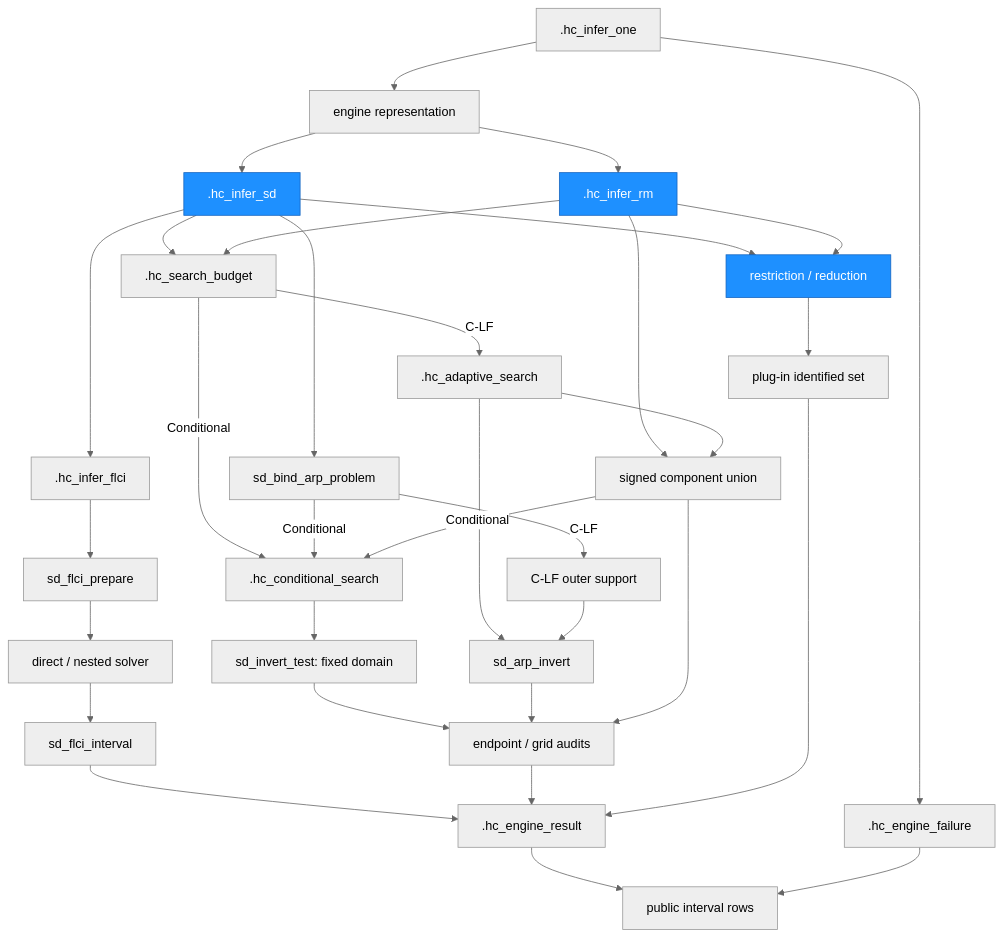
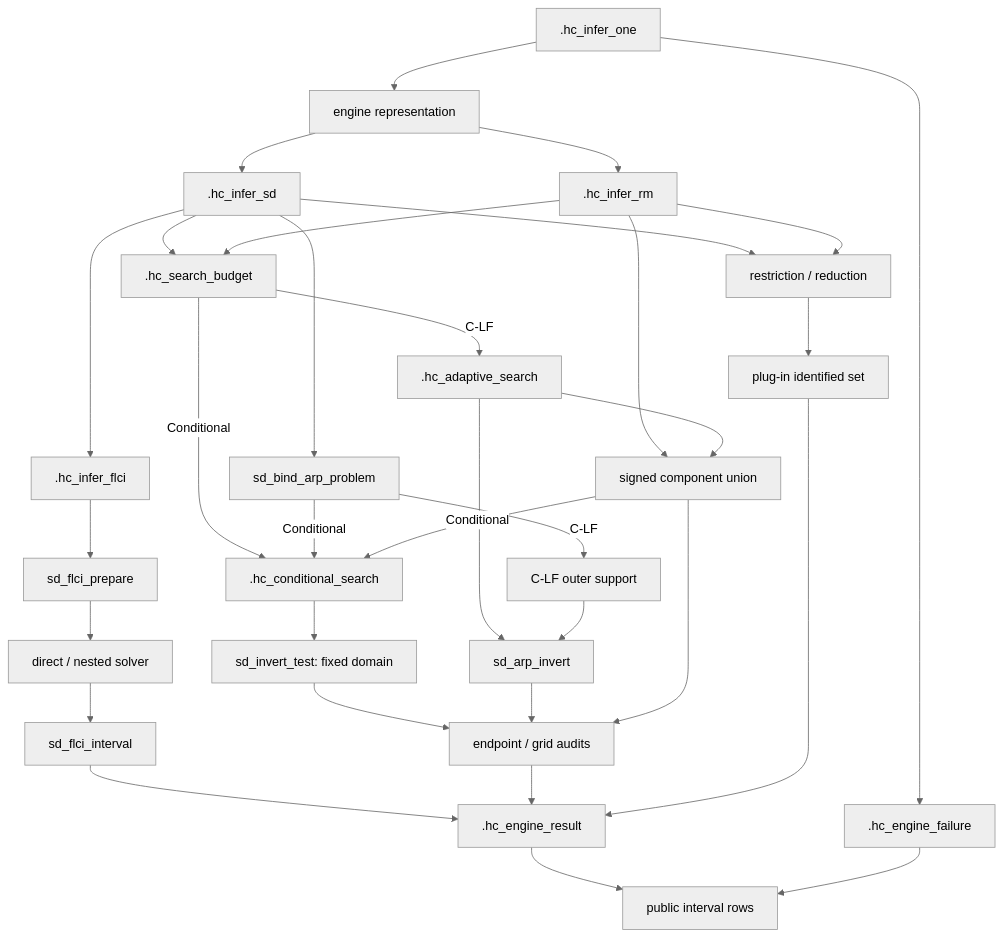
The fifth of 8 diagrams in Architecture.md (lzy318/CohortHonestDiD), drawn with Mermaid before and after one commit. The commit also changed other lines of this file and 7 other files, not shown here.

````diff
--- a/Architecture.md
+++ b/Architecture.md
@@ -398,39 +348,36 @@
 ```mermaid
 %%{init: {'theme': 'neutral'}}%%
 graph TD
     One[".hc_infer_one"] --> Align["engine representation"]
     Align --> SD[".hc_infer_sd"]
     Align --> RM[".hc_infer_rm"]
     SD --> Reduce["restriction / reduction"]
     RM --> Reduce
     Reduce --> Plugin["plug-in identified set"]
     SD --> FLCI[".hc_infer_flci"]
     FLCI --> Prepare["sd_flci_prepare"]
     Prepare --> Solve["direct / nested solver"]
     Solve --> Interval["sd_flci_interval"]
     SD --> ARP["sd_bind_arp_problem"]
     RM --> Union["signed component union"]
     SD --> Budget[".hc_search_budget"]
     RM --> Budget
     Budget -- C-LF --> Retry[".hc_adaptive_search"]
     Budget -- Conditional --> Conditional[".hc_conditional_search"]
     Retry --> Invert
     Retry --> Union
     ARP -- Conditional --> Conditional
     Union -- Conditional --> Conditional
     Conditional --> Fixed["sd_invert_test: fixed domain"]
     Fixed --> Audit
     ARP -- C-LF --> LFSupport["C-LF outer support"]
     LFSupport --> Invert["sd_arp_invert"]
     Invert --> Audit["endpoint / grid audits"]
     Union --> Audit
     Interval --> Result[".hc_engine_result"]
     Audit --> Result
     Plugin --> Result
     One --> Failure[".hc_engine_failure"]
     Result --> Rows["public interval rows"]
     Failure --> Rows
-    style SD fill:#1e90ff,stroke:#1565c0,color:#fff
-    style RM fill:#1e90ff,stroke:#1565c0,color:#fff
-    style Reduce fill:#1e90ff,stroke:#1565c0,color:#fff
 ```
````
